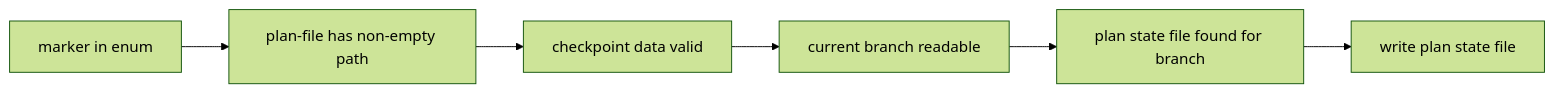
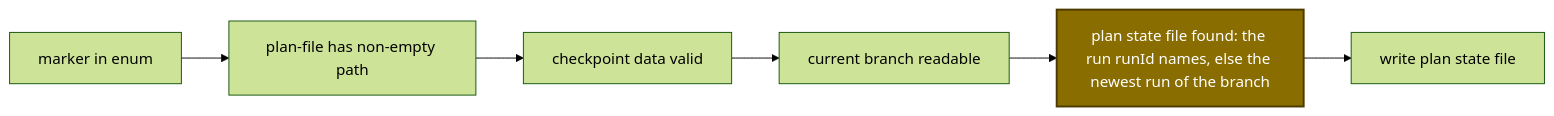
Before and after one commit to rnagrodzki/sdlc-plugin: the diagram in openspec/specs/tool-plan-mark/spec.md, drawn with Mermaid (forest theme). The commit also changed other lines of this file and 84 other files, not shown here.

First line of the commit message:
fix(plan): isolate parallel plan runs on one branch (#104)

````diff
--- a/openspec/specs/tool-plan-mark/spec.md
+++ b/openspec/specs/tool-plan-mark/spec.md
@@ -52,8 +57,10 @@
 ```mermaid
 flowchart LR
     A["marker in enum"] --> B["plan-file has non-empty path"]
     B --> C["checkpoint data valid"]
     C --> D["current branch readable"]
-    D --> E["plan state file found for branch"]
+    D --> E["plan state file found: the run runId names, else the newest run of the branch"]
     E --> F["write plan state file"]
+    class E changed
+    classDef changed fill:#8a6d00,stroke:#4a3a00,color:#ffffff,stroke-width:2px
 ```
````
